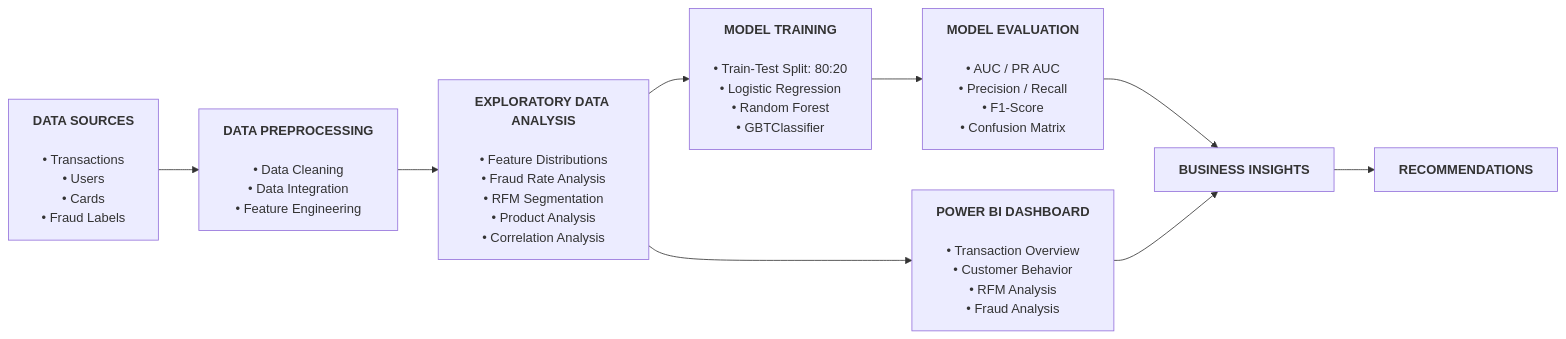
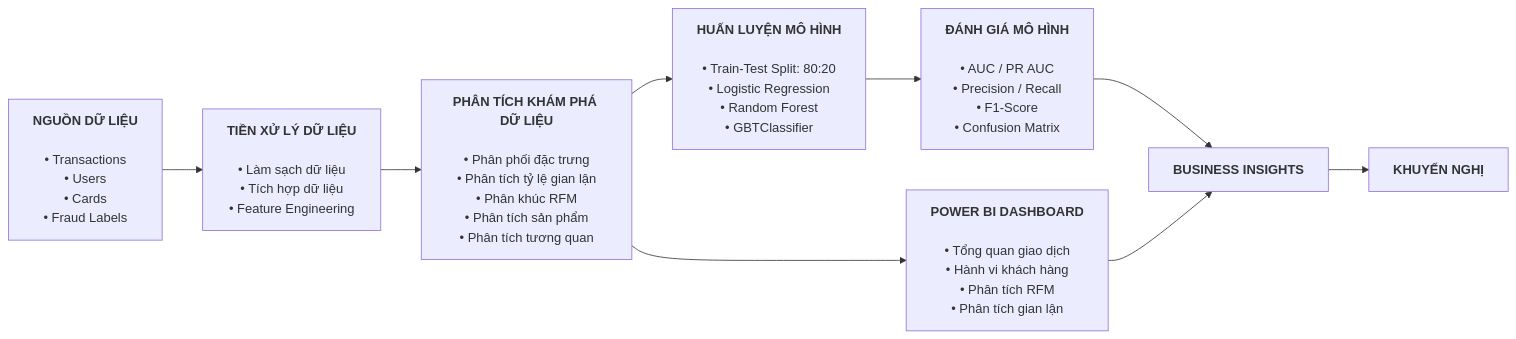
One commit to ngocminh0123/Banking-Transaction-Analysis changed the diagram in README.md. Above: the diagram before and after it, drawn with Mermaid. The commit also changed other lines of this file and 11 other files, not shown here.

Commit message:
Update fraud analysis dashboards and bilingual README

````diff
--- a/README.md
+++ b/README.md
@@ -99,54 +112,54 @@
 ```mermaid
 flowchart LR
 
-A["<b>DATA SOURCES</b>
+A["<b>NGUỒN DỮ LIỆU</b>
 
 • Transactions
 • Users
 • Cards
 • Fraud Labels"]
 
-B["<b>DATA PREPROCESSING</b>
+B["<b>TIỀN XỬ LÝ DỮ LIỆU</b>
 
-• Data Cleaning
-• Data Integration
+• Làm sạch dữ liệu
+• Tích hợp dữ liệu
 • Feature Engineering"]
 
-C["<b>EXPLORATORY DATA ANALYSIS</b>
+C["<b>PHÂN TÍCH KHÁM PHÁ DỮ LIỆU</b>
 
-• Feature Distributions
-• Fraud Rate Analysis
-• RFM Segmentation
-• Product Analysis
-• Correlation Analysis"]
+• Phân phối đặc trưng
+• Phân tích tỷ lệ gian lận
+• Phân khúc RFM
+• Phân tích sản phẩm
+• Phân tích tương quan"]
 
-D["<b>MODEL TRAINING</b>
+D["<b>HUẤN LUYỆN MÔ HÌNH</b>
 
 • Train-Test Split: 80:20
 • Logistic Regression
 • Random Forest
 • GBTClassifier"]
 
-E["<b>MODEL EVALUATION</b>
+E["<b>ĐÁNH GIÁ MÔ HÌNH</b>
 
 • AUC / PR AUC
 • Precision / Recall
 • F1-Score
 • Confusion Matrix"]
 
 F["<b>POWER BI DASHBOARD</b>
 
-• Transaction Overview
-• Customer Behavior
-• RFM Analysis
-• Fraud Analysis"]
+• Tổng quan giao dịch
+• Hành vi khách hàng
+• Phân tích RFM
+• Phân tích gian lận"]
 
 G["<b>BUSINESS INSIGHTS</b>"]
 
-H["<b>RECOMMENDATIONS</b>"]
+H["<b>KHUYẾN NGHỊ</b>"]
 
 A --> B --> C
 C --> D --> E --> G
 C --> F --> G
 G --> H
-``` 
+```
````
